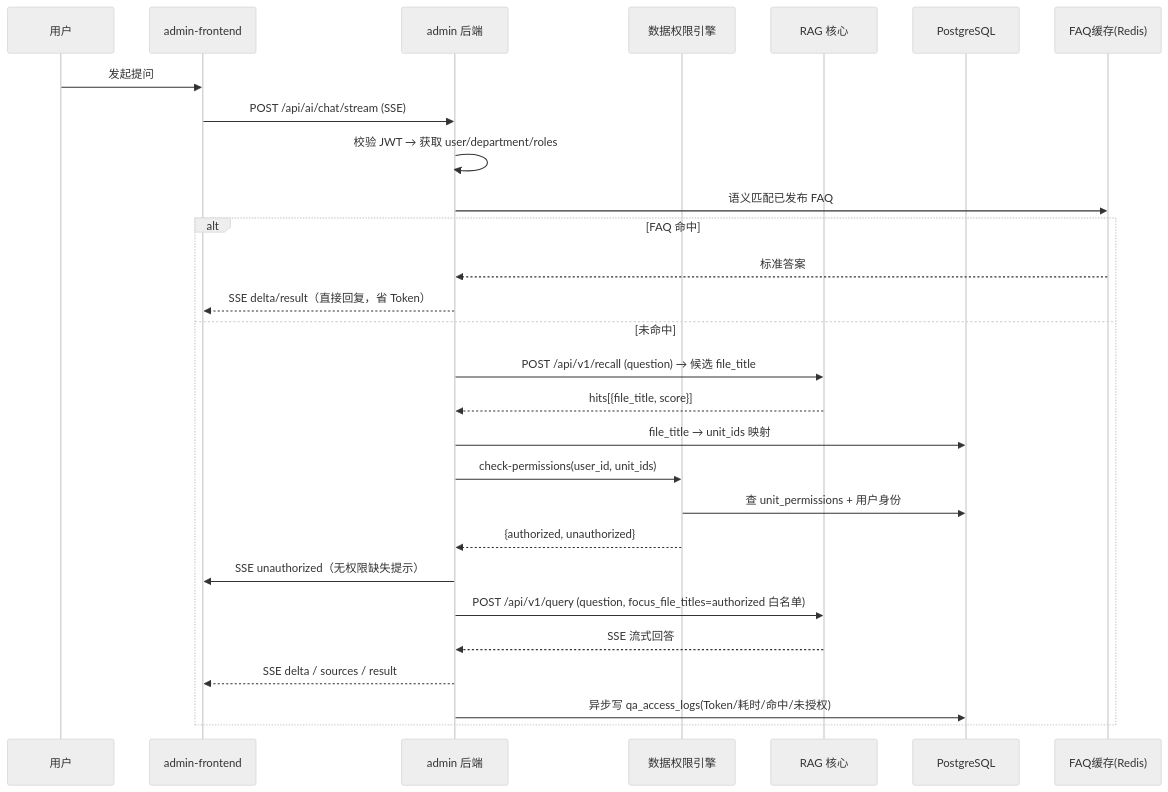
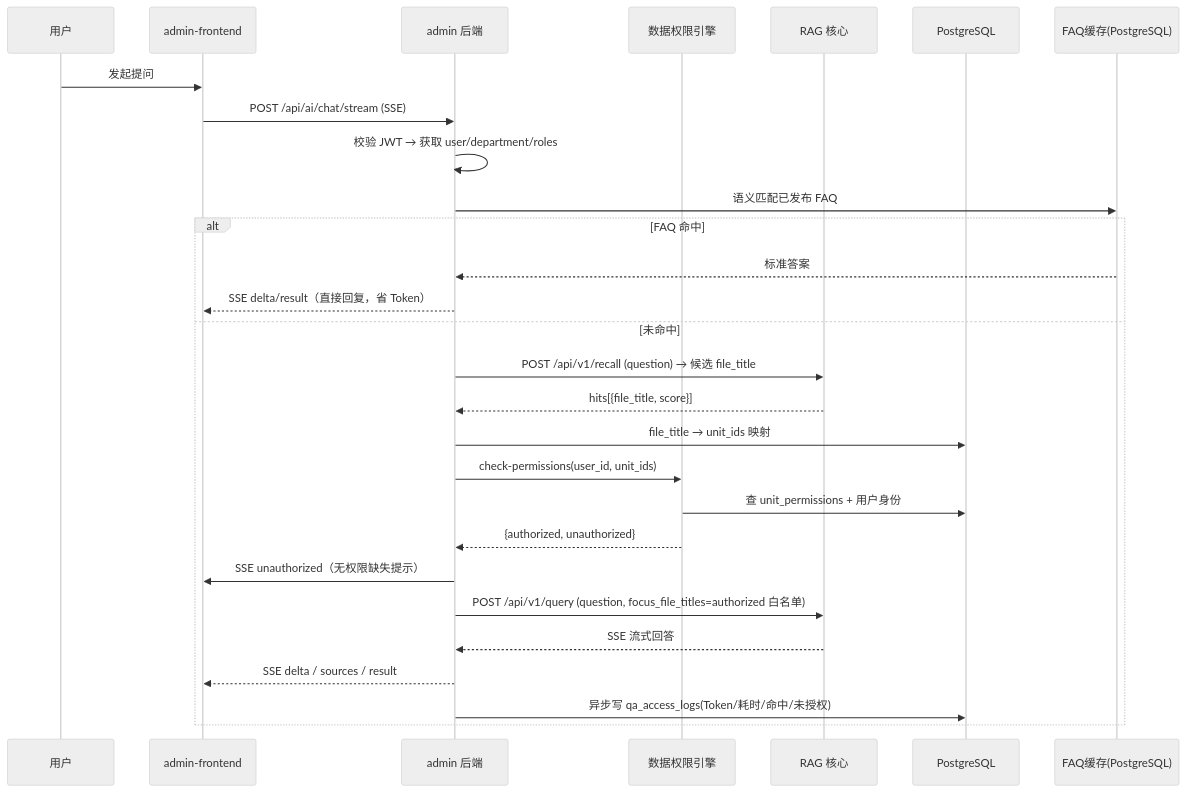
One commit to stanxwy/kbms changed the fourth of 6 diagrams in docs/知识库管理平台SPEC.md. Above: the diagram before and after it, drawn with Mermaid (neutral theme). The commit also changed other lines of this file and 1 other file, not shown here.

Commit message:
redis removed use React instead of Vue

````diff
--- a/docs/知识库管理平台SPEC.md
+++ b/docs/知识库管理平台SPEC.md
@@ -554,31 +563,31 @@
 ```mermaid
 sequenceDiagram
     participant U as 用户
     participant FE as admin-frontend
     participant BE as admin 后端
     participant DPE as 数据权限引擎
     participant RAG as RAG 核心
     participant PG as PostgreSQL
-    participant FAQ as FAQ缓存(Redis)
+    participant FAQ as FAQ缓存(PostgreSQL)
 
     U->>FE: 发起提问
     FE->>BE: POST /api/ai/chat/stream (SSE)
     BE->>BE: 校验 JWT → 获取 user/department/roles
     BE->>FAQ: 语义匹配已发布 FAQ
     alt FAQ 命中
         FAQ-->>BE: 标准答案
         BE-->>FE: SSE delta/result（直接回复，省 Token）
     else 未命中
         BE->>RAG: POST /api/v1/recall (question) → 候选 file_title
         RAG-->>BE: hits[{file_title, score}]
         BE->>PG: file_title → unit_ids 映射
         BE->>DPE: check-permissions(user_id, unit_ids)
         DPE->>PG: 查 unit_permissions + 用户身份
         DPE-->>BE: {authorized, unauthorized}
         BE->>FE: SSE unauthorized（无权限缺失提示）
         BE->>RAG: POST /api/v1/query (question, focus_file_titles=authorized 白名单)
         RAG-->>BE: SSE 流式回答
         BE-->>FE: SSE delta / sources / result
         BE->>PG: 异步写 qa_access_logs(Token/耗时/命中/未授权)
     end
 ```
````
